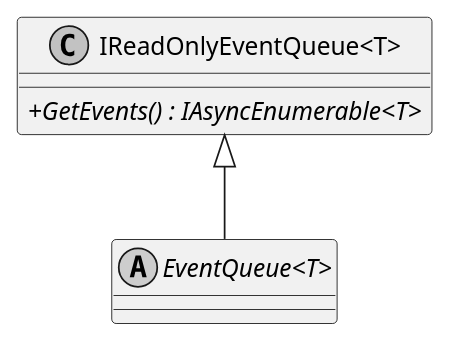
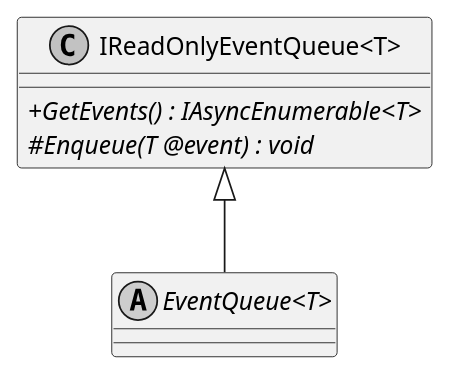
One commit to insightmind/MORR changed the diagram in documents/sd/plantuml/application/Common/Shared/Events/Queue/EventQueue.puml. Above: the diagram before and after it, drawn with PlantUML. The commit also changed 85 other files, not shown here.

Commit message:
Added diagrams for Core and Shared

```diff
--- a/documents/sd/plantuml/application/Common/Shared/Events/Queue/EventQueue.puml
+++ b/documents/sd/plantuml/application/Common/Shared/Events/Queue/EventQueue.puml
@@ -1,13 +1,14 @@
 @startuml
 skinparam monochrome true
 skinparam classAttributeIconSize 0
 
 abstract class "EventQueue<T>" {
     
 }
 class "IReadOnlyEventQueue<T>" {
     + {abstract} GetEvents() : IAsyncEnumerable<T>
+    # {abstract} Enqueue(T @event) : void
 }
 
 "IReadOnlyEventQueue<T>" <|-- "EventQueue<T>"
 @enduml
```
